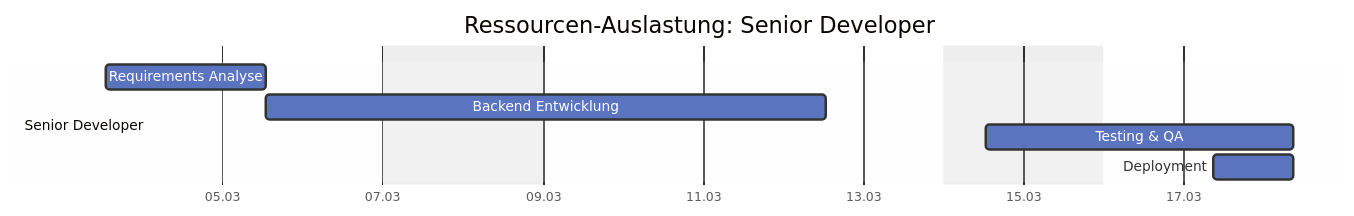
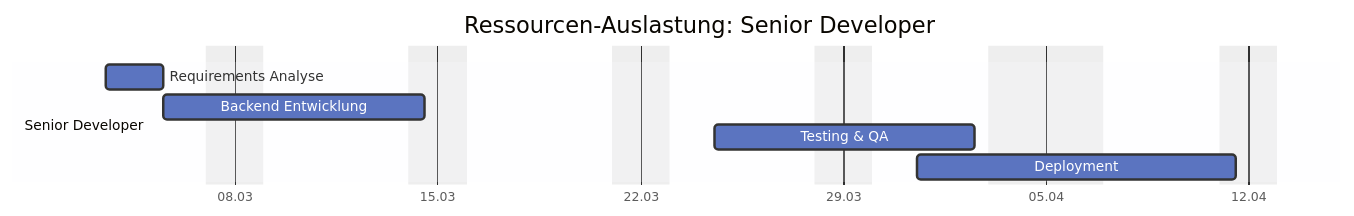
Before and after one commit to mistamichael/sproject: the fourth of 6 diagrams in doc/result_examples/software_simple.md, drawn with Mermaid. The commit also changed other lines of this file and 48 other files, not shown here.

````diff
--- a/doc/result_examples/software_simple.md
+++ b/doc/result_examples/software_simple.md
@@ -125,15 +127,15 @@
 ```mermaid
 %%{init: {'theme': 'base', 'themeVariables': {'taskBkgColor': '#5B74C0', 'taskBorderColor': '#333', 'taskTextColor': '#fff'}}}%%
 gantt
     title Ressourcen-Auslastung: Senior Developer
     dateFormat  YYYY-MM-DD HH:mm
     axisFormat  %d.%m
     excludes    weekends, 2026-01-01, 2026-01-06, 2026-04-03, 2026-04-06, 2026-05-01, 2026-05-14, 2026-05-25, 2026-06-04, 2026-08-15, 2026-10-03, 2026-11-01, 2026-12-25, 2026-12-26
 
     section Senior Developer
 
     Requirements Analyse        :t0, 2026-03-03 13:00, 2026-03-05 13:00
-    Backend Entwicklung         :t1, 2026-03-05 13:00, 2026-03-10 13:00
-    Testing & QA                :t2, 2026-03-14 13:00, 2026-03-17 09:00
-    Deployment                  :t3, 2026-03-17 09:00, 2026-03-18 09:00
+    Backend Entwicklung         :t1, 2026-03-05 13:00, 2026-03-12 13:00
+    Testing & QA                :t2, 2026-03-24 13:00, 2026-03-31 13:00
+    Deployment                  :t3, 2026-03-31 13:00, 2026-04-07 13:00
 ```
````
